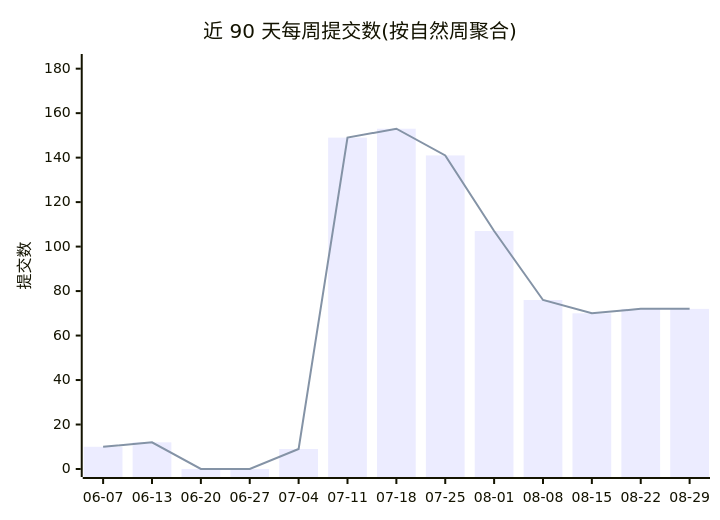
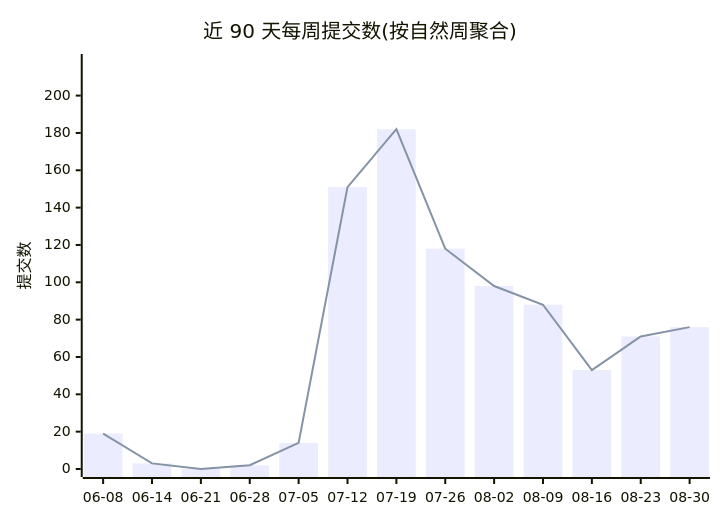
Before and after one commit to Conflux-Union/.github: the first of 2 diagrams in profile/README.md, drawn with Mermaid. The commit also changed other lines of this file and 1 other file, not shown here.

````diff
--- a/profile/README.md
+++ b/profile/README.md
@@ -44,8 +44,8 @@
 ```mermaid
 xychart-beta
     title "近 90 天每周提交数(按自然周聚合)"
-    x-axis ["06-07", "06-13", "06-20", "06-27", "07-04", "07-11", "07-18", "07-25", "08-01", "08-08", "08-15", "08-22", "08-29"]
-    y-axis "提交数" 0 --> 183
-    bar [10, 12, 0, 0, 9, 149, 153, 141, 107, 76, 70, 72, 72]
-    line [10, 12, 0, 0, 9, 149, 153, 141, 107, 76, 70, 72, 72]
+    x-axis ["06-08", "06-14", "06-21", "06-28", "07-05", "07-12", "07-19", "07-26", "08-02", "08-09", "08-16", "08-23", "08-30"]
+    y-axis "提交数" 0 --> 218
+    bar [19, 3, 0, 2, 14, 151, 182, 118, 98, 88, 53, 71, 76]
+    line [19, 3, 0, 2, 14, 151, 182, 118, 98, 88, 53, 71, 76]
 ```
````
